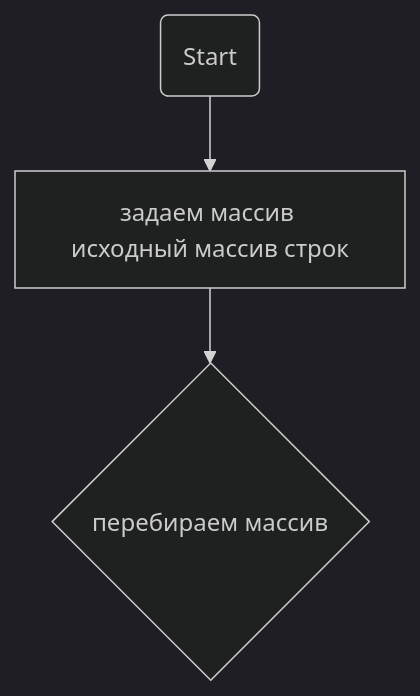
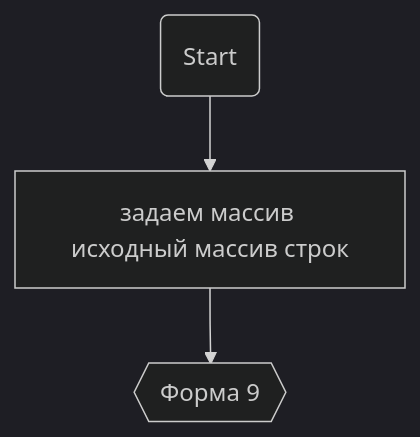
The diagram in README.md (Adalberto777/FinalTestWork), drawn with Mermaid (dark theme) before and after one commit.

Commit message:
block diagram

````diff
--- a/README.md
+++ b/README.md
@@ -14,4 +14,4 @@
 ```mermaid
   graph TB;       
-    node2(Start)  --> node1[задаем массив исходный массив строк] --> node9{перебираем массив}
+    node2(Start)  --> node1[задаем массив исходный массив строк] --> node9{{Форма 9}}
 ```
````
